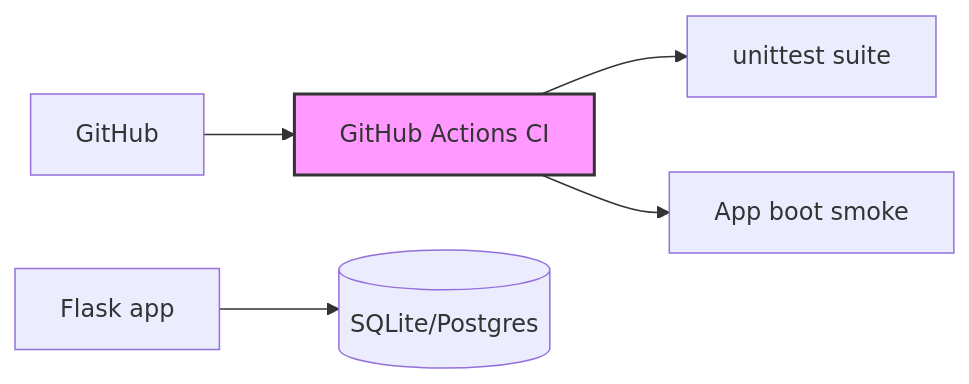
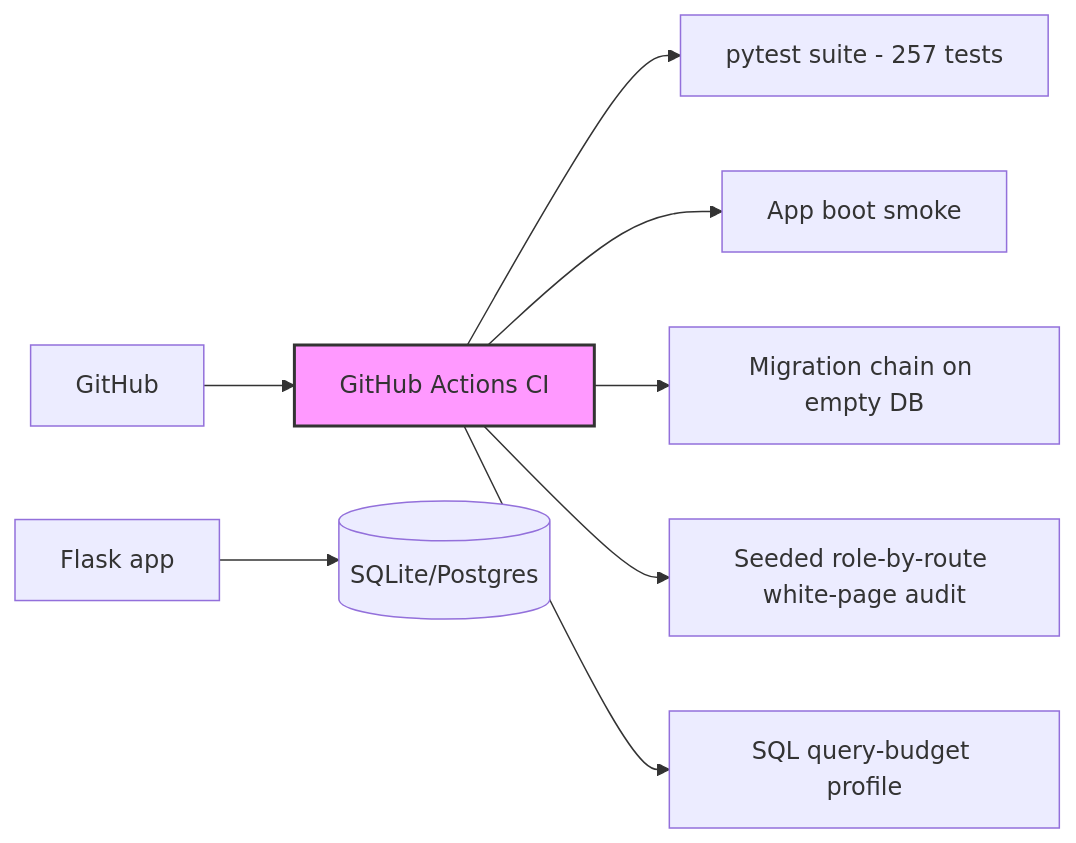
One commit to elkotitahmed/IHIS changed the third of 3 diagrams in docs/ARCHITECTURE.md. Above: the diagram before and after it, drawn with Mermaid. The commit also changed other lines of this file and 26 other files, not shown here.

````diff
--- a/docs/ARCHITECTURE.md
+++ b/docs/ARCHITECTURE.md
@@ -174,9 +191,12 @@
 ```mermaid
 flowchart LR
     G[GitHub] --> CI[GitHub Actions CI]
-    CI --> TESTS[unittest suite]
+    CI --> TESTS[pytest suite - 257 tests]
     CI --> BOOT[App boot smoke]
+    CI --> MIG[Migration chain on empty DB]
+    CI --> SMOKE[Seeded role-by-route white-page audit]
+    CI --> PROF[SQL query-budget profile]
     APP[Flask app] --> DB[(SQLite/Postgres)]
 
     style CI fill:#f9f,stroke:#333,stroke-width:2px
 ```
````
